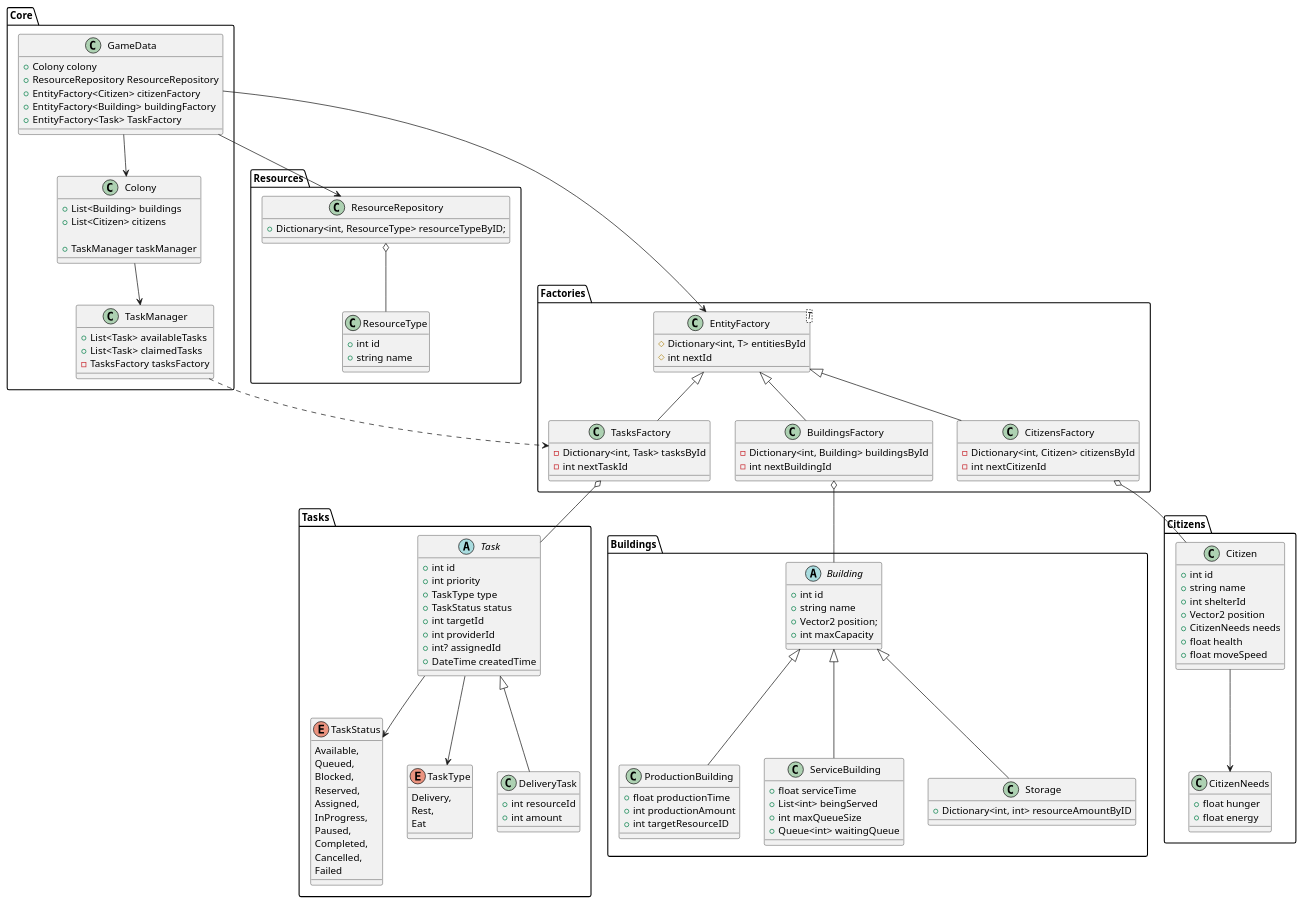
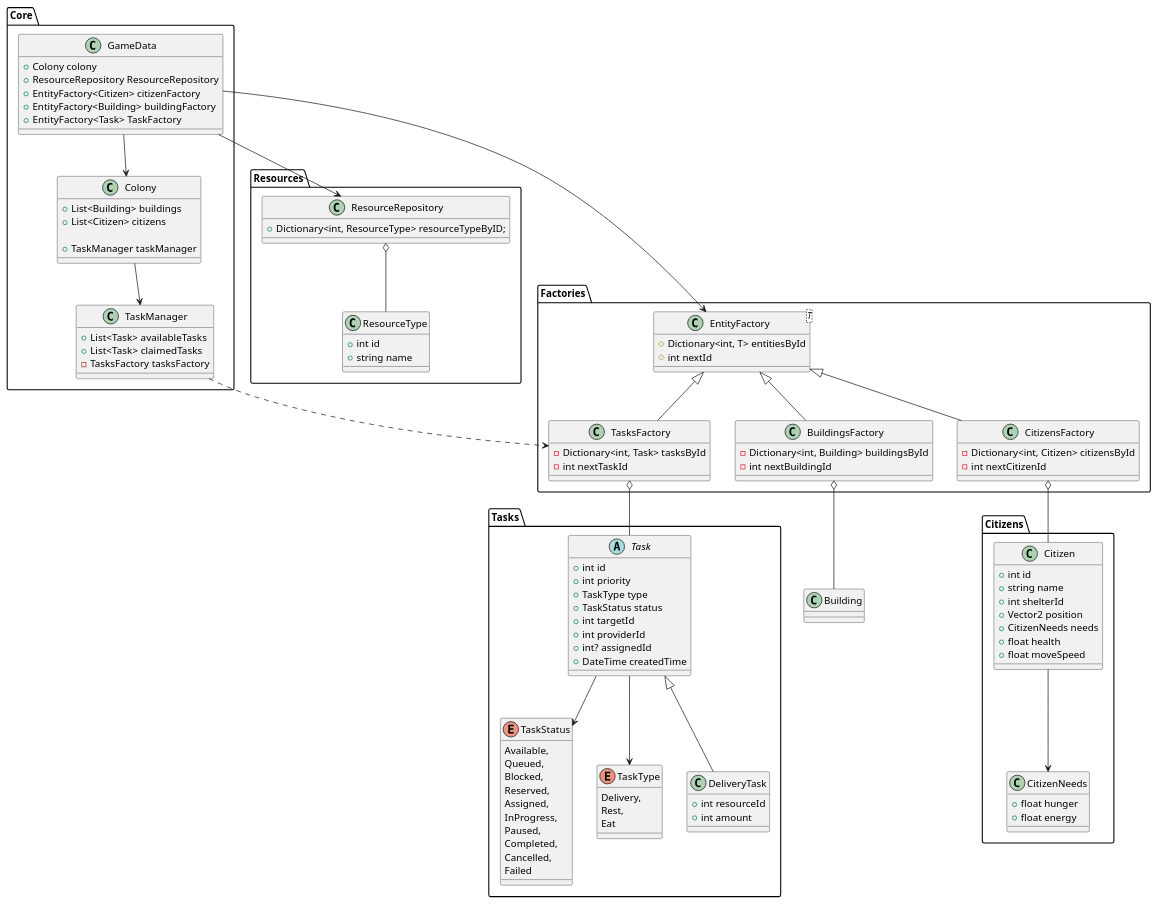
The diagram in Core.puml (minusrep/Pivo-UML), drawn with PlantUML before and after one commit. The commit also changed 4 other files, not shown here.

```diff
--- a/Core.puml
+++ b/Core.puml
@@ -1,193 +1,159 @@
 @startuml
 
 package "Core"
 {
     class GameData
     {
         +Colony colony
         +ResourceRepository ResourceRepository
         +EntityFactory<Citizen> citizenFactory
         +EntityFactory<Building> buildingFactory
         +EntityFactory<Task> TaskFactory
     }
     
     class Colony 
     {
         +List<Building> buildings
         +List<Citizen> citizens
         
         +TaskManager taskManager
     }
     
     class TaskManager
     {
         +List<Task> availableTasks
         +List<Task> claimedTasks
         -TasksFactory tasksFactory
     }
 }
 
 package "Factories"
 {
     class EntityFactory<T>
     {
         #Dictionary<int, T> entitiesById
         #int nextId
     } 
     
     class TasksFactory
     {
         -Dictionary<int, Task> tasksById
         -int nextTaskId
     }
     
     class BuildingsFactory
     {
         -Dictionary<int, Building> buildingsById
         -int nextBuildingId
     }
 
     class CitizensFactory
     {
         -Dictionary<int, Citizen> citizensById
         -int nextCitizenId
     }
     
     EntityFactory <|-- CitizensFactory
     EntityFactory <|-- BuildingsFactory
     EntityFactory <|-- TasksFactory
 }
 
-package "Buildings" 
-{
-    abstract class Building
-    {
-        +int id
-        +string name
-        +Vector2 position;
-        +int maxCapacity
-    }
-    
-    class ProductionBuilding 
-    {
-        +float productionTime
-        +int productionAmount
-        +int targetResourceID
-    }
-    
-    class ServiceBuilding
-    {
-        +float serviceTime
-        +List<int> beingServed
-        +int maxQueueSize
-        +Queue<int> waitingQueue
-    }
-    
-    class Storage
-    {
-        +Dictionary<int, int> resourceAmountByID
-    }
-    
-    Building <|-- ProductionBuilding
-    Building <|-- ServiceBuilding
-    Building <|-- Storage
-}
 
 package "Resources" 
 {
     class ResourceType
     {
         +int id
         +string name
     }
     
     class ResourceRepository
     {
         +Dictionary<int, ResourceType> resourceTypeByID;
     }
     
     ResourceRepository o-- ResourceType
 }
 
 package "Tasks"
 {
     abstract class Task
     {
         +int id
         +int priority
         +TaskType type
         +TaskStatus status
         +int targetId
         +int providerId
         +int? assignedId
         +DateTime createdTime
     }
     
     enum TaskStatus
     {
         Available,
         Queued,
         Blocked,
         Reserved,
         Assigned,
         InProgress,
         Paused,
         Completed,
         Cancelled,
         Failed
     }
     
     enum TaskType
     {
         Delivery,
         Rest,
         Eat
     }
     
     class DeliveryTask
     {
         +int resourceId
         +int amount
     }
     
     Task --> TaskStatus
     Task --> TaskType
     
     Task <|-- DeliveryTask
 }
 
 package "Citizens" 
 {
     class Citizen
     {
         +int id
         +string name
         +int shelterId
         +Vector2 position
         +CitizenNeeds needs
         +float health
         +float moveSpeed
     }
     
     class CitizenNeeds
     {
         +float hunger
         +float energy
     }
     
     Citizen --> CitizenNeeds
 }
 
 GameData --> Colony
 GameData --> ResourceRepository
 TaskManager ..> TasksFactory
 
 CitizensFactory o-- Citizen
 BuildingsFactory o-- Building
 TasksFactory o-- Task
 
 Colony --> TaskManager
 
 GameData --> EntityFactory
 
 @enduml
```
